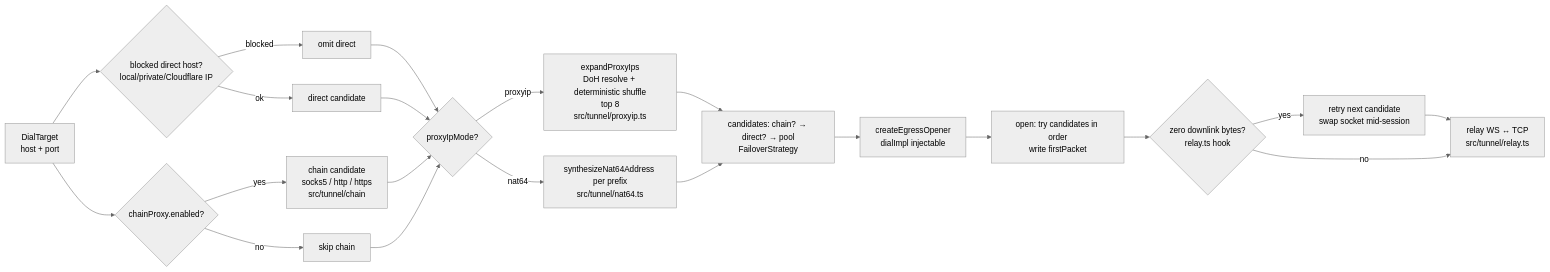
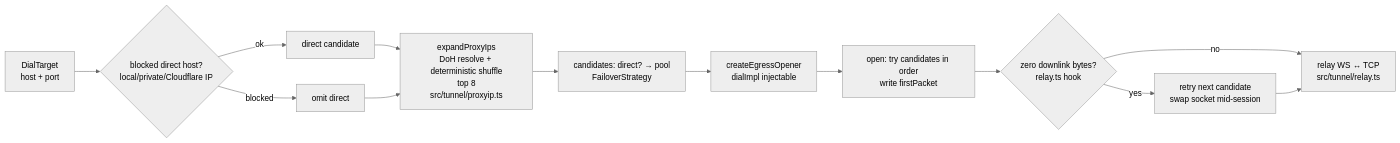
One commit to QMahyar/q-proxy changed the second of 3 diagrams in docs/DEVELOPER_GUIDE.md. Above: the diagram before and after it, drawn with Mermaid (neutral theme). The commit also changed other lines of this file and 213 other files, not shown here.

````diff
--- a/docs/DEVELOPER_GUIDE.md
+++ b/docs/DEVELOPER_GUIDE.md
@@ -113,23 +109,15 @@
 ```mermaid
 flowchart LR
     TGT[DialTarget<br/>host + port] --> B{blocked direct host?<br/>local/private/Cloudflare IP}
     B -- blocked --> N1[omit direct]
     B -- ok --> D[direct candidate]
-    TGT --> C{chainProxy.enabled?}
-    C -- yes --> CH[chain candidate<br/>socks5 / http / https<br/>src/tunnel/chain]
-    C -- no --> X1[skip chain]
-    D --> P{proxyIpMode?}
-    CH --> P
+    D --> P[expandProxyIps<br/>DoH resolve + deterministic shuffle<br/>top 8<br/>src/tunnel/proxyip.ts]
     N1 --> P
-    X1 --> P
-    P -- proxyip --> PX[expandProxyIps<br/>DoH resolve + deterministic shuffle<br/>top 8<br/>src/tunnel/proxyip.ts]
-    P -- nat64 --> N6[synthesizeNat64Address per prefix<br/>src/tunnel/nat64.ts]
-    PX --> L[candidates: chain? → direct? → pool<br/>FailoverStrategy]
-    N6 --> L
+    P --> L[candidates: direct? → pool<br/>FailoverStrategy]
     L --> O[createEgressOpener<br/>dialImpl injectable]
     O --> A1[open: try candidates in order<br/>write firstPacket]
     A1 --> Z{zero downlink bytes?<br/>relay.ts hook}
     Z -- yes --> R[retry next candidate<br/>swap socket mid-session]
     Z -- no --> DONE[relay WS ↔ TCP<br/>src/tunnel/relay.ts]
     R --> DONE
 ```
````
